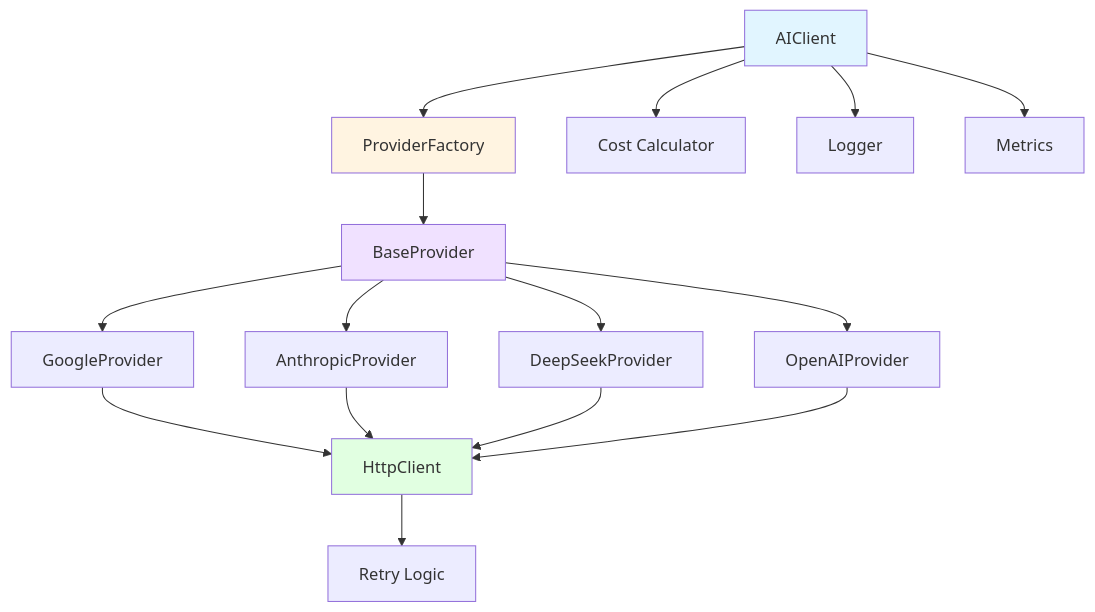
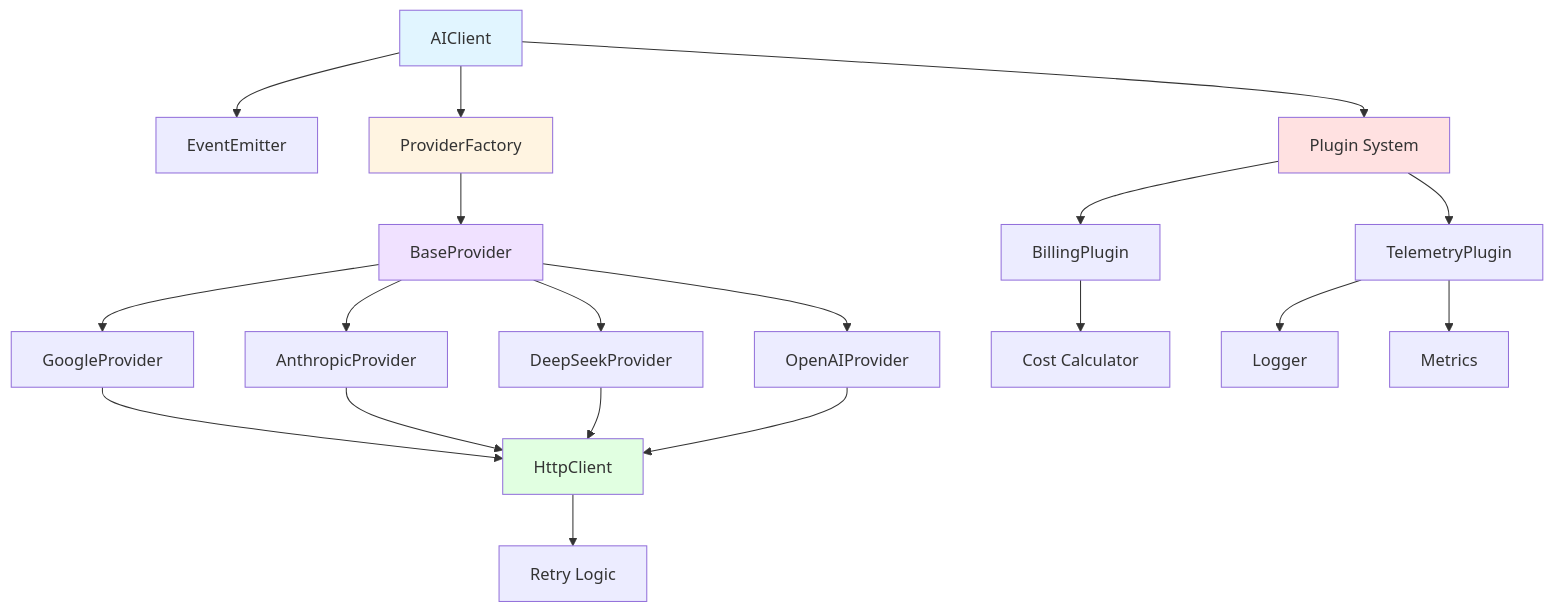
Before and after one commit to testapiw/ai-providers: the diagram in README.md, drawn with Mermaid. The commit also changed other lines of this file and 24 other files, not shown here.

First line of the commit message:
Release v2.0.0: Plugin architecture and event system

````diff
--- a/README.md
+++ b/README.md
@@ -61,25 +65,32 @@
 ```mermaid
 graph TD
-    A[AIClient] --> B[ProviderFactory]
-    B --> C[BaseProvider]
-    C --> D[GoogleProvider]
-    C --> E[AnthropicProvider]
-    C --> F[DeepSeekProvider]
-    C --> G[OpenAIProvider]
+    A[AIClient] --> B[EventEmitter]
+    A --> C[ProviderFactory]
+    A --> D[Plugin System]
     
-    D --> H[HttpClient]
-    E --> H
-    F --> H
-    G --> H
+    C --> E[BaseProvider]
+    E --> F[GoogleProvider]
+    E --> G[AnthropicProvider]
+    E --> H[DeepSeekProvider]
+    E --> I[OpenAIProvider]
     
-    H --> I[Retry Logic]
+    F --> J[HttpClient]
+    G --> J
+    H --> J
+    I --> J
     
-    A --> J[Cost Calculator]
-    A --> K[Logger]
-    A --> L[Metrics]
+    J --> K[Retry Logic]
+    
+    D --> L[BillingPlugin]
+    D --> M[TelemetryPlugin]
+    
+    L --> N[Cost Calculator]
+    M --> O[Logger]
+    M --> P[Metrics]
     
     style A fill:#e1f5ff
-    style B fill:#fff4e1
-    style C fill:#f0e1ff
-    style H fill:#e1ffe1
+    style C fill:#fff4e1
+    style E fill:#f0e1ff
+    style J fill:#e1ffe1
+    style D fill:#ffe1e1
 ```
````
